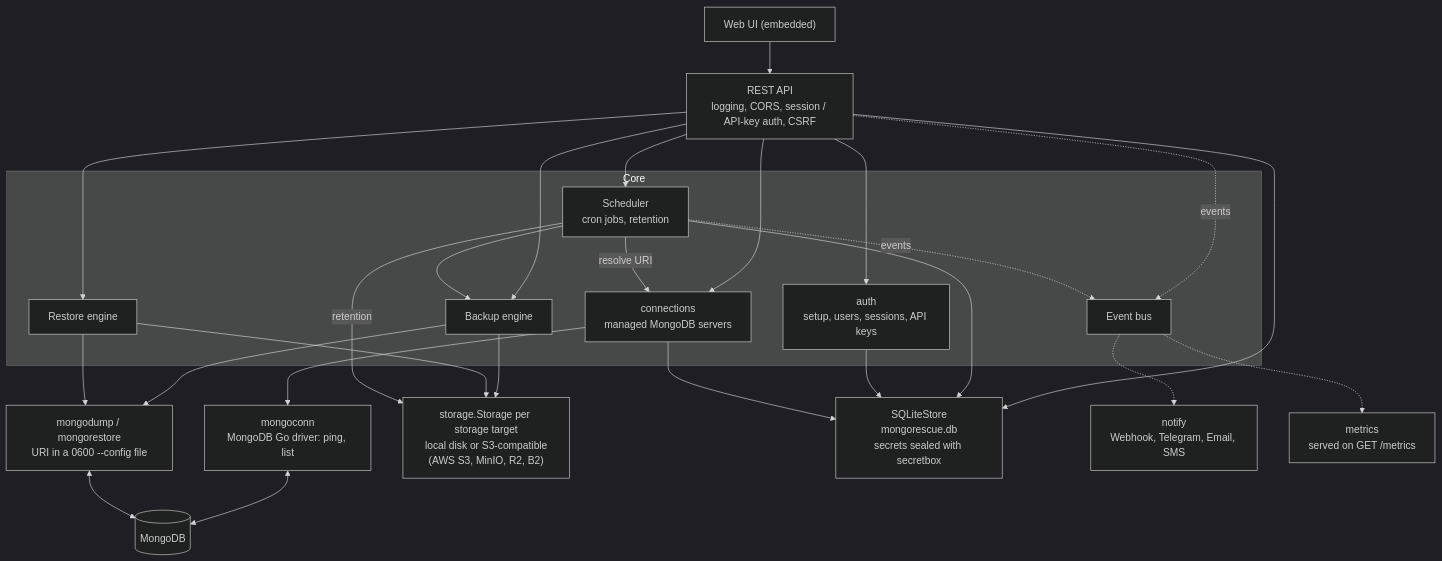
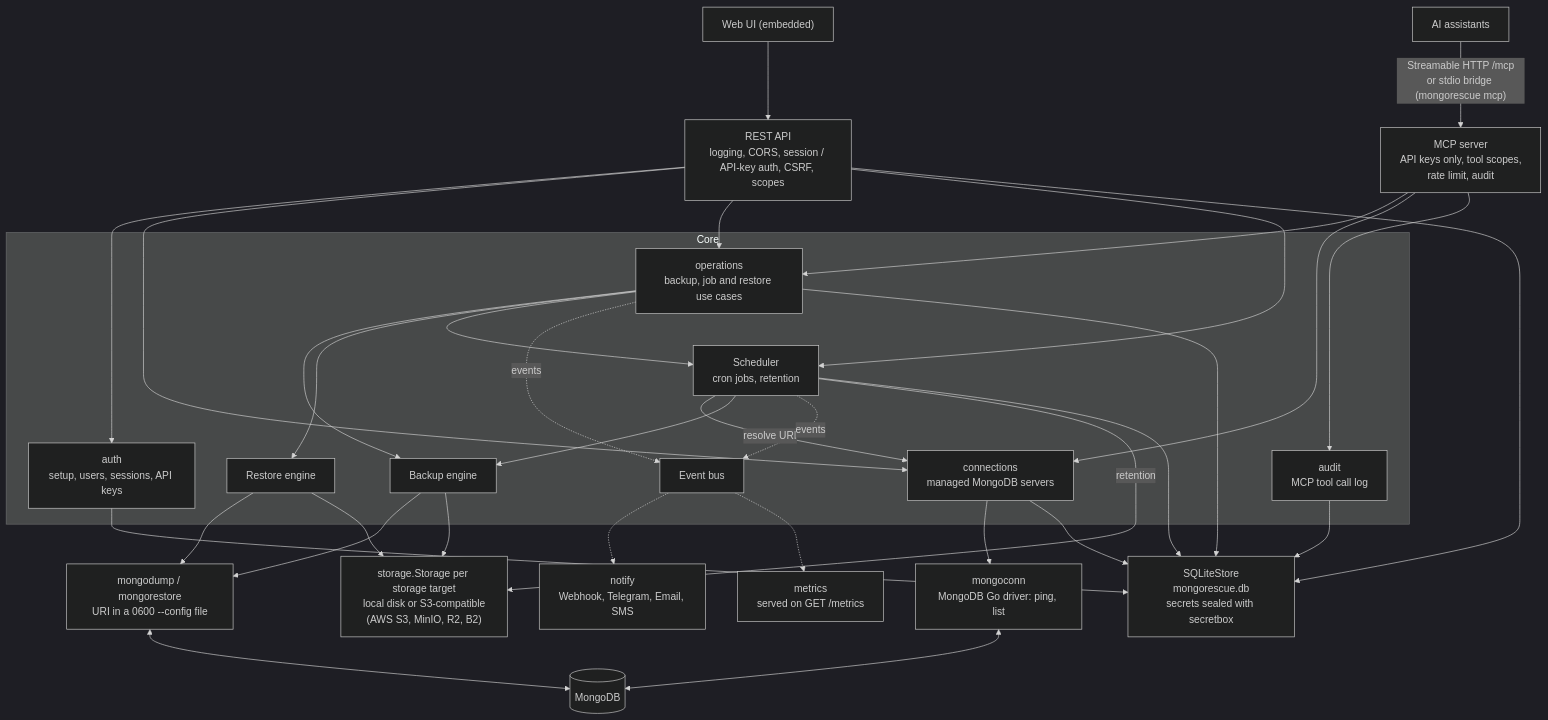
Before and after one commit to YigitCittan/mongorescue: the first of 3 diagrams in docs/architecture.md, drawn with Mermaid (dark theme). The commit also changed other lines of this file and 8 other files, not shown here.

First line of the commit message:
docs: MCP server, API key scopes and audit log

````diff
--- a/docs/architecture.md
+++ b/docs/architecture.md
@@ -5,41 +5,51 @@
 ```mermaid
 flowchart TB
-    UI["Web UI (embedded)"] --> API["REST API<br/>logging, CORS, session / API-key auth, CSRF"]
+    UI["Web UI (embedded)"] --> API["REST API<br/>logging, CORS, session / API-key auth, CSRF, scopes"]
+    AI["AI assistants"] -- "Streamable HTTP /mcp<br/>or stdio bridge (mongorescue mcp)" --> MCP["MCP server<br/>API keys only, tool scopes,<br/>rate limit, audit"]
 
     subgraph core["Core"]
+        OPS["operations<br/>backup, job and restore use cases"]
+        AUDIT["audit<br/>MCP tool call log"]
         AUTH["auth<br/>setup, users, sessions, API keys"]
         CONN["connections<br/>managed MongoDB servers"]
         SCHED["Scheduler<br/>cron jobs, retention"]
         BE["Backup engine"]
         RE["Restore engine"]
         BUS["Event bus"]
     end
 
     API --> AUTH
     API --> CONN
+    API --> OPS
+    MCP --> OPS
+    MCP --> CONN
+    MCP --> AUDIT
+    OPS --> BE
+    OPS --> RE
+    OPS --> SCHED
     CONN --> PROBE["mongoconn<br/>MongoDB Go driver: ping, list"]
     PROBE <--> MONGO
     SCHED -- resolve URI --> CONN
     API --> SCHED
-    API --> BE
-    API --> RE
     SCHED --> BE
-    API -. events .-> BUS
+    OPS -. events .-> BUS
     SCHED -. events .-> BUS
 
     BE --> TOOLS["mongodump / mongorestore<br/>URI in a 0600 --config file"]
     RE --> TOOLS
     TOOLS <--> MONGO[("MongoDB")]
 
     BE --> STORAGE["storage.Storage per storage target<br/>local disk or S3-compatible<br/>(AWS S3, MinIO, R2, B2)"]
     RE --> STORAGE
     SCHED -- retention --> STORAGE
 
     API --> STORE["SQLiteStore<br/>mongorescue.db<br/>secrets sealed with secretbox"]
+    OPS --> STORE
+    AUDIT --> STORE
     SCHED --> STORE
     AUTH --> STORE
     CONN --> STORE
 
     BUS -.-> NOTIFY["notify<br/>Webhook, Telegram, Email, SMS"]
     BUS -.-> METRICS["metrics<br/>served on GET /metrics"]
 ```
````
